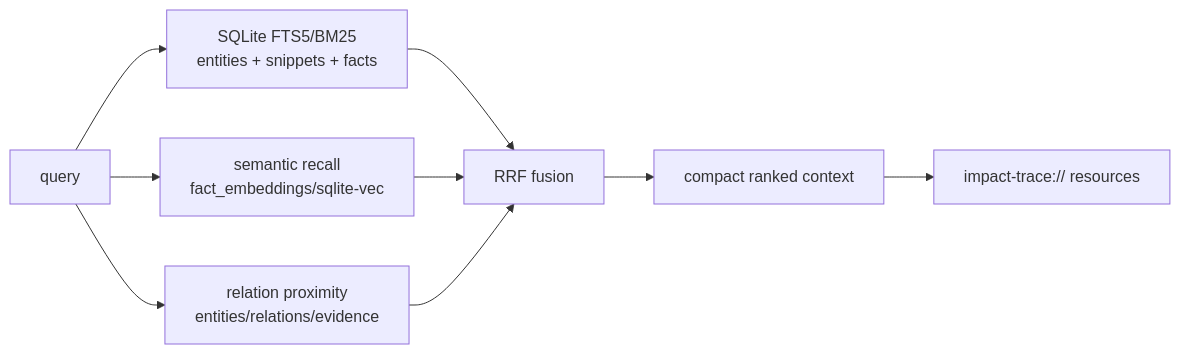
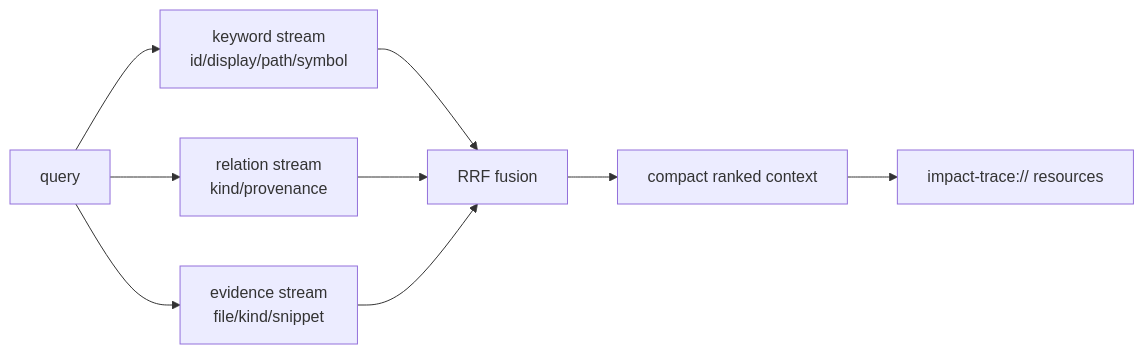
Before and after one commit to YouSangSon/Parallax: the fourth of 4 diagrams in docs/agentmemory-adoption-review.ko.md, drawn with Mermaid. The commit also changed other lines of this file and 7 other files, not shown here.

````diff
--- a/docs/agentmemory-adoption-review.ko.md
+++ b/docs/agentmemory-adoption-review.ko.md
@@ -222,11 +226,11 @@
 ```mermaid
 flowchart LR
-  Query["query"] --> FTS["SQLite FTS5/BM25<br/>entities + snippets + facts"]
-  Query --> Vec["semantic recall<br/>fact_embeddings/sqlite-vec"]
-  Query --> Graph["relation proximity<br/>entities/relations/evidence"]
-  FTS --> Fuse["RRF fusion"]
-  Vec --> Fuse
-  Graph --> Fuse
+  Query["query"] --> Keyword["keyword stream<br/>id/display/path/symbol"]
+  Query --> Relation["relation stream<br/>kind/provenance"]
+  Query --> Evidence["evidence stream<br/>file/kind/snippet"]
+  Keyword --> Fuse["RRF fusion"]
+  Relation --> Fuse
+  Evidence --> Fuse
   Fuse --> Pack["compact ranked context"]
   Pack --> URI["impact-trace:// resources"]
 ```
````
